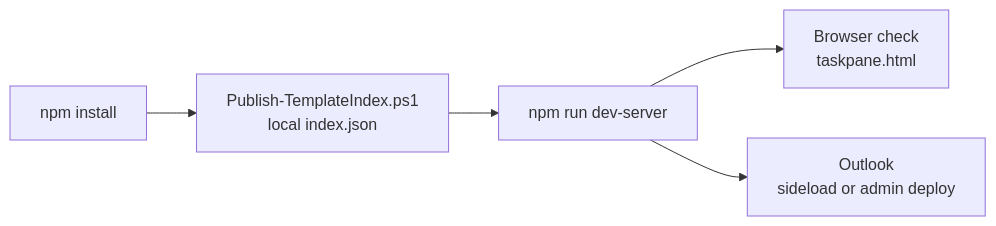
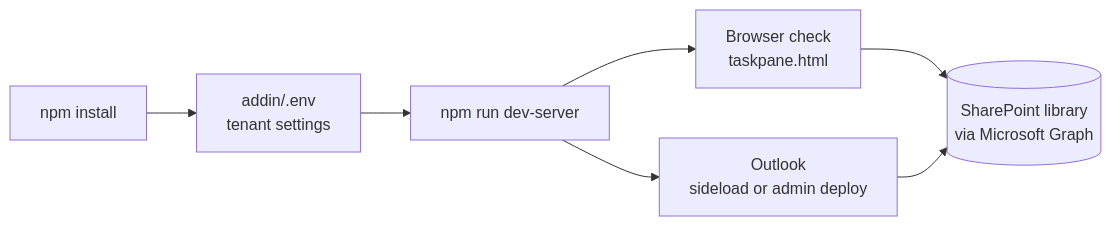
One commit to lachvit/outlook-template-addin changed the diagram in docs/local-testing.md. Above: the diagram before and after it, drawn with Mermaid. The commit also changed other lines of this file and 38 other files, not shown here.

Commit message:
SharePoint-based email templates add-in

````diff
--- a/docs/local-testing.md
+++ b/docs/local-testing.md
@@ -16,7 +16,8 @@
 ```mermaid
 flowchart LR
-    A[npm install] --> B[Publish-TemplateIndex.ps1<br/>local index.json]
+    A[npm install] --> B[addin/.env<br/>tenant settings]
     B --> C[npm run dev-server]
     C --> D[Browser check<br/>taskpane.html]
     C --> E[Outlook<br/>sideload or admin deploy]
+    D & E --> F[(SharePoint library<br/>via Microsoft Graph)]
 ```
````
